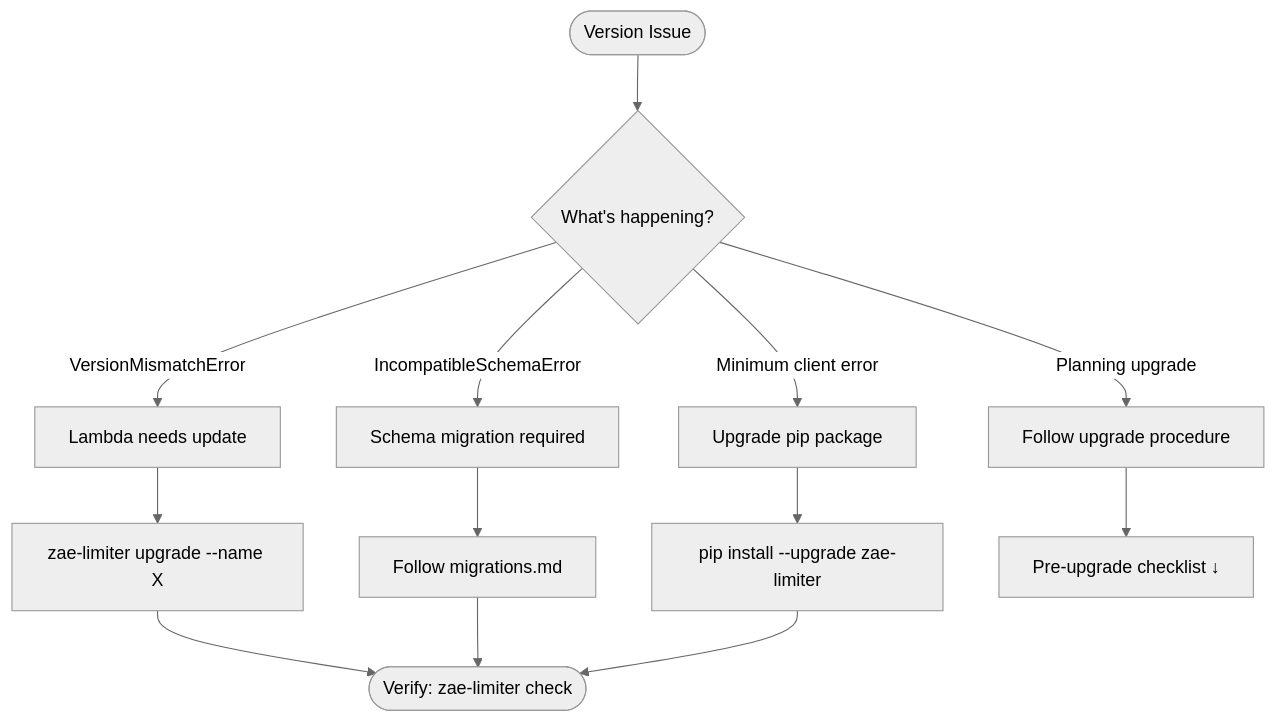
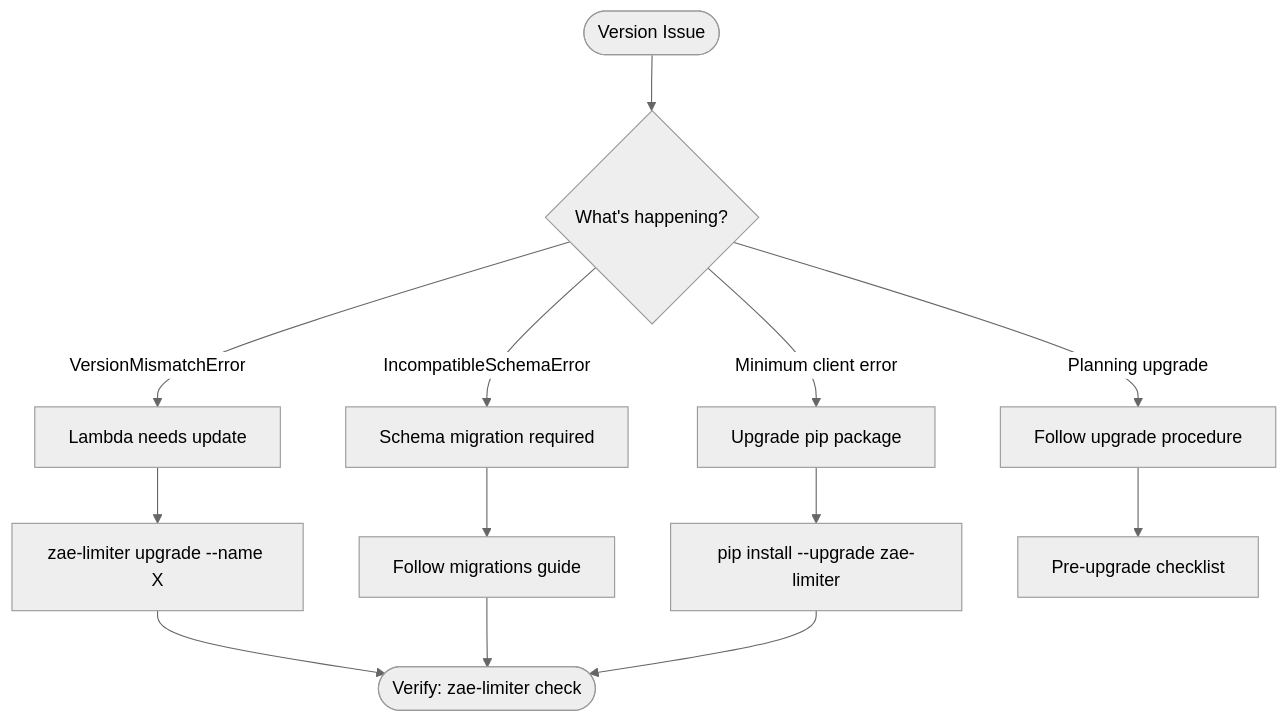
The diagram in docs/operations/version.md (zeroae/zae-limiter), drawn with Mermaid (neutral theme) before and after one commit. The commit also changed 8 other files, not shown here.

````diff
--- a/docs/operations/version.md
+++ b/docs/operations/version.md
@@ -7,19 +7,26 @@
 ```mermaid
 flowchart TD
     START([Version Issue]) --> Q1{What's happening?}
 
     Q1 -->|VersionMismatchError| A1[Lambda needs update]
     Q1 -->|IncompatibleSchemaError| A2[Schema migration required]
     Q1 -->|Minimum client error| A3[Upgrade pip package]
     Q1 -->|Planning upgrade| A4[Follow upgrade procedure]
 
     A1 --> CMD1["zae-limiter upgrade --name X"]
-    A2 --> CMD2[Follow migrations.md]
+    A2 --> CMD2[Follow migrations guide]
     A3 --> CMD3["pip install --upgrade zae-limiter"]
-    A4 --> PROC[Pre-upgrade checklist ↓]
+    A4 --> PROC[Pre-upgrade checklist]
 
     CMD1 --> VERIFY
     CMD2 --> VERIFY
     CMD3 --> VERIFY
     VERIFY([Verify: zae-limiter check])
+
+    click A1 "#versionmismatcherror" "Version mismatch details"
+    click A2 "#incompatibleschemaerror" "Schema error details"
+    click CMD1 "#upgrade-procedure" "Upgrade steps"
+    click CMD2 "../migrations/" "Migration guide"
+    click A4 "#upgrade-procedure" "Upgrade checklist"
+    click VERIFY "#verification" "Verify upgrade"
 ```
````
